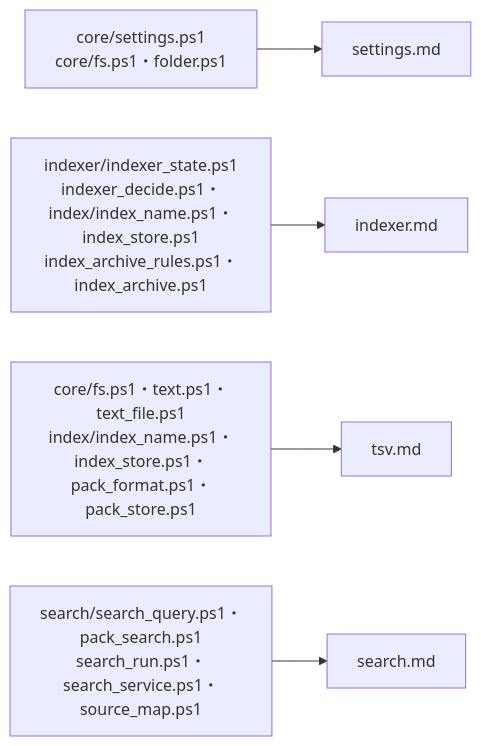
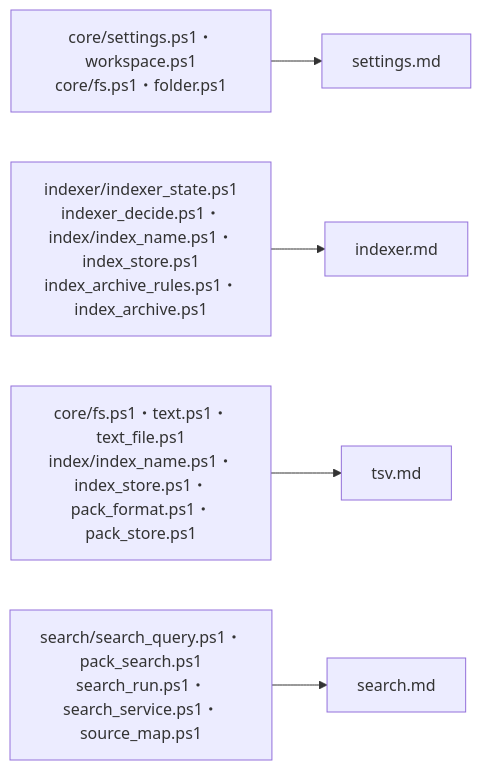
One commit to hsgwa/tebunko changed the first of 3 diagrams in docs/design/reference/index.md. Above: the diagram before and after it, drawn with Mermaid. The commit also changed other lines of this file and 1 other file, not shown here.

Commit message:
docs: ワークスペース（workspace.ps1）の関数を関数一覧に足す
Claude-Session: https://claude.ai/code/session_01G1bPxJf89YLdJmaEYqDPi3

````diff
--- a/docs/design/reference/index.md
+++ b/docs/design/reference/index.md
@@ -12,7 +12,7 @@
 ```mermaid
 flowchart LR
-    settings["core/settings.ps1<br>core/fs.ps1・folder.ps1"] --> P1["settings.md"]
+    settings["core/settings.ps1・workspace.ps1<br>core/fs.ps1・folder.ps1"] --> P1["settings.md"]
     indexer["indexer/indexer_state.ps1<br>indexer_decide.ps1・index/index_name.ps1・index_store.ps1<br>index_archive_rules.ps1・index_archive.ps1"] --> P2["indexer.md"]
     tsv["core/fs.ps1・text.ps1・text_file.ps1<br>index/index_name.ps1・index_store.ps1・pack_format.ps1・pack_store.ps1"] --> P3["tsv.md"]
     search["search/search_query.ps1・pack_search.ps1<br>search_run.ps1・search_service.ps1・source_map.ps1"] --> P4["search.md"]
 ```
````
